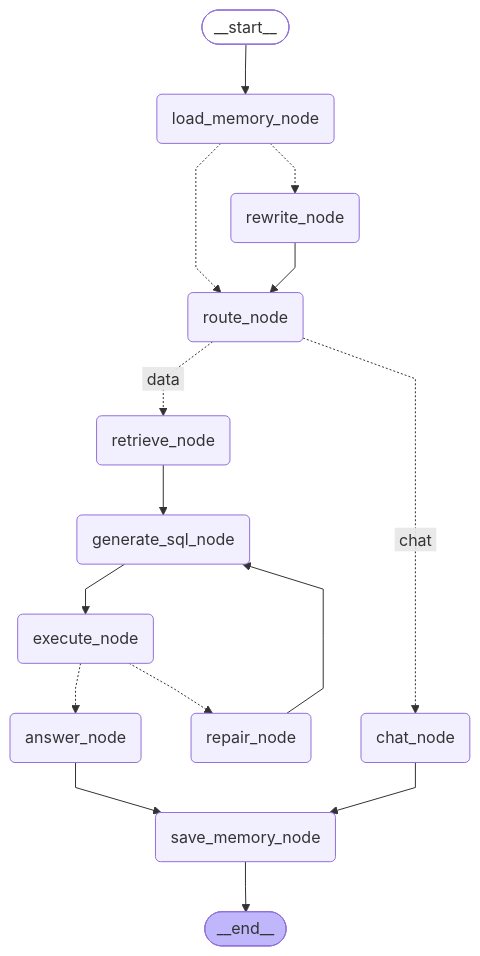
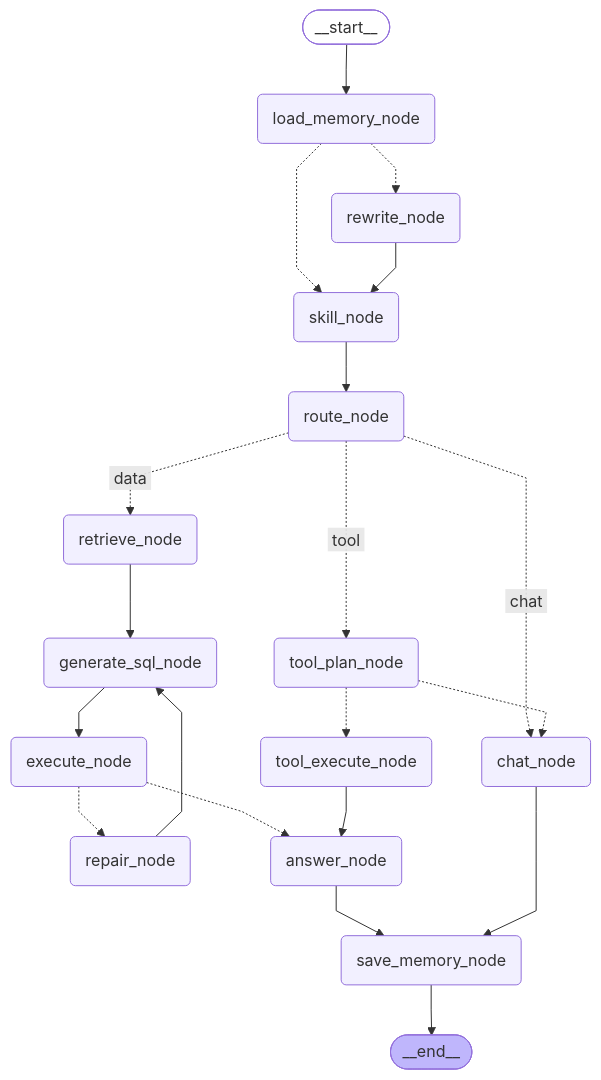
Before and after one commit to flashekjkj/dataquery: the diagram in backend/agent_graph.md, drawn with Mermaid. The commit also changed other lines of this file and 28 other files, not shown here.

````diff
--- a/backend/agent_graph.md
+++ b/backend/agent_graph.md
@@ -8,37 +8,45 @@
 ```mermaid
 ---
 config:
   flowchart:
     curve: linear
 ---
 graph TD;
 	__start__([<p>__start__</p>]):::first
 	load_memory_node(load_memory_node)
 	rewrite_node(rewrite_node)
 	route_node(route_node)
 	chat_node(chat_node)
 	retrieve_node(retrieve_node)
 	generate_sql_node(generate_sql_node)
 	execute_node(execute_node)
 	repair_node(repair_node)
 	answer_node(answer_node)
 	save_memory_node(save_memory_node)
+	skill_node(skill_node)
+	tool_plan_node(tool_plan_node)
+	tool_execute_node(tool_execute_node)
 	__end__([<p>__end__</p>]):::last
 	__start__ --> load_memory_node;
 	answer_node --> save_memory_node;
 	chat_node --> save_memory_node;
 	execute_node -.-> answer_node;
 	execute_node -.-> repair_node;
 	generate_sql_node --> execute_node;
 	load_memory_node -.-> rewrite_node;
-	load_memory_node -.-> route_node;
+	load_memory_node -.-> skill_node;
 	repair_node --> generate_sql_node;
 	retrieve_node --> generate_sql_node;
-	rewrite_node --> route_node;
+	rewrite_node --> skill_node;
 	route_node -. &nbsp;chat&nbsp; .-> chat_node;
 	route_node -. &nbsp;data&nbsp; .-> retrieve_node;
+	route_node -. &nbsp;tool&nbsp; .-> tool_plan_node;
+	skill_node --> route_node;
+	tool_execute_node --> answer_node;
+	tool_plan_node -.-> chat_node;
+	tool_plan_node -.-> tool_execute_node;
 	save_memory_node --> __end__;
 	classDef default fill:#f2f0ff,line-height:1.2
 	classDef first fill-opacity:0
 	classDef last fill:#bfb6fc
 ```
````
